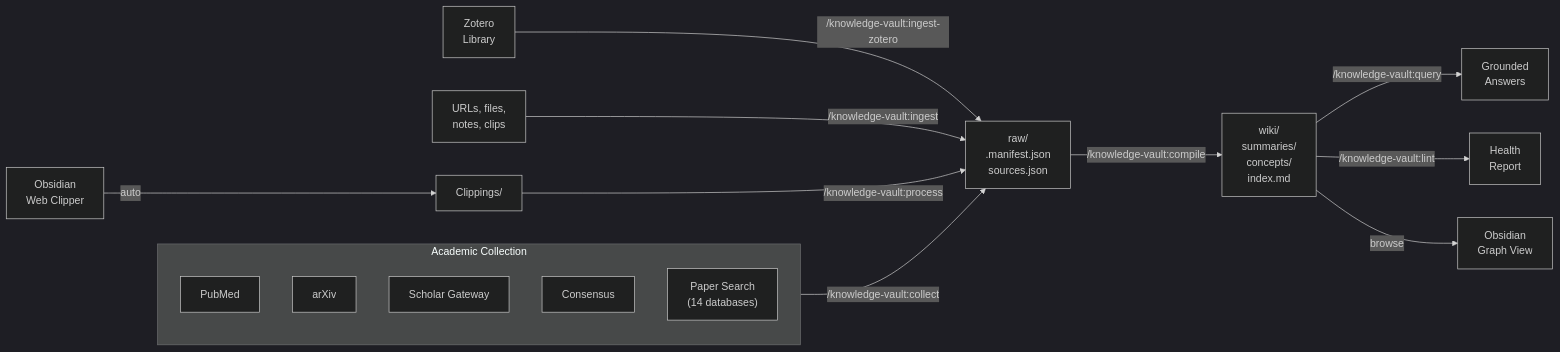
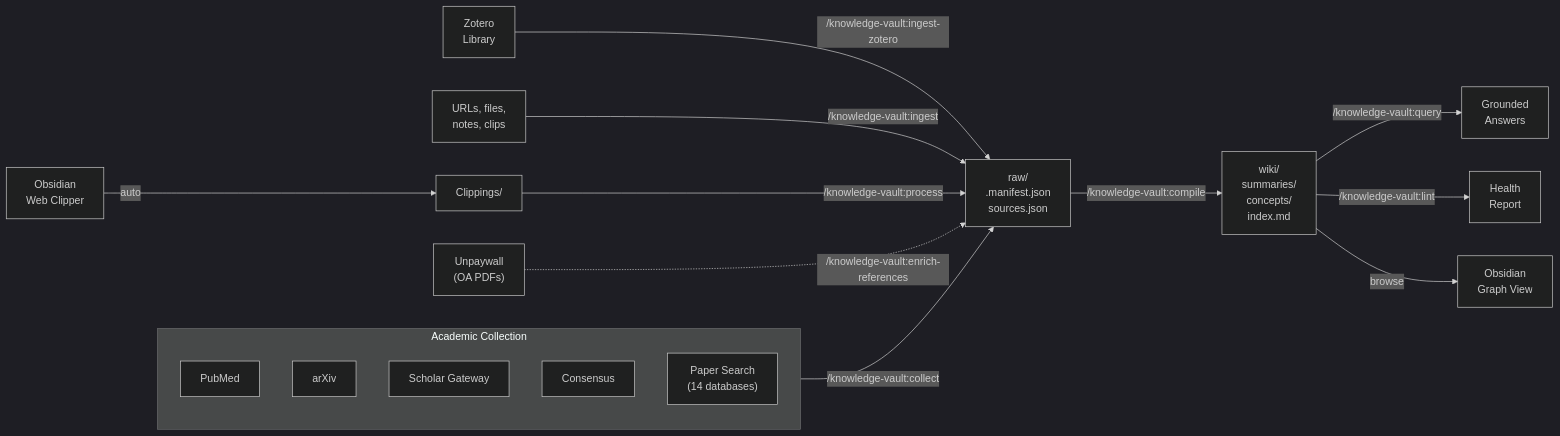
The first of 2 diagrams in README.md (psypeal/claude-knowledge-vault), drawn with Mermaid (dark theme) before and after one commit. The commit also changed other lines of this file and 7 other files, not shown here.

````diff
--- a/README.md
+++ b/README.md
@@ -26,20 +26,22 @@
 ```mermaid
 flowchart LR
     subgraph collect ["Academic Collection"]
         P["PubMed"]
         X["arXiv"]
         S["Scholar Gateway"]
         CO["Consensus"]
         PS["Paper Search\n(14 databases)"]
     end
     Z["Zotero\nLibrary"]
+    U["Unpaywall\n(OA PDFs)"]
     collect -->|"/knowledge-vault:collect"| R["raw/\n.manifest.json\nsources.json"]
     Z -->|"/knowledge-vault:ingest-zotero"| R
     A["URLs, files,\nnotes, clips"] -->|"/knowledge-vault:ingest"| R
     CL["Obsidian\nWeb Clipper"] -->|auto| CLP["Clippings/"]
     CLP -->|"/knowledge-vault:process"| R
+    U -.->|"/knowledge-vault:enrich-references"| R
     R -->|"/knowledge-vault:compile"| W["wiki/\nsummaries/\nconcepts/\nindex.md"]
     W -->|"/knowledge-vault:query"| ANS["Grounded\nAnswers"]
     W -->|"/knowledge-vault:lint"| H["Health\nReport"]
     W -->|browse| O["Obsidian\nGraph View"]
 ```
````
